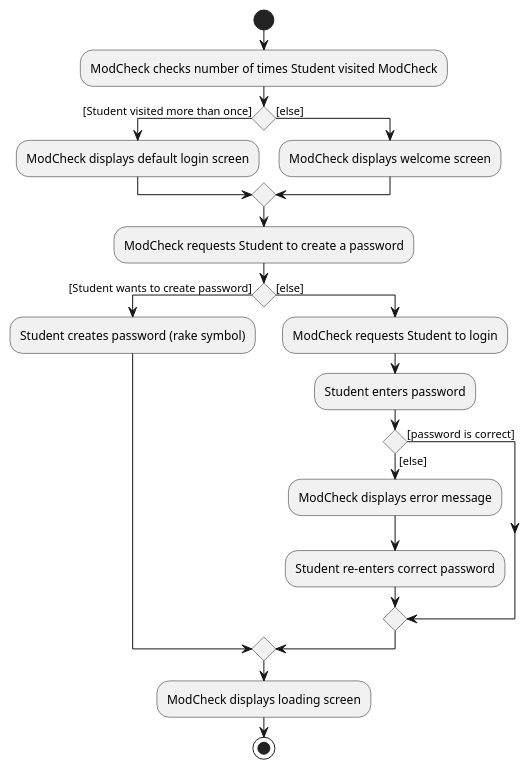
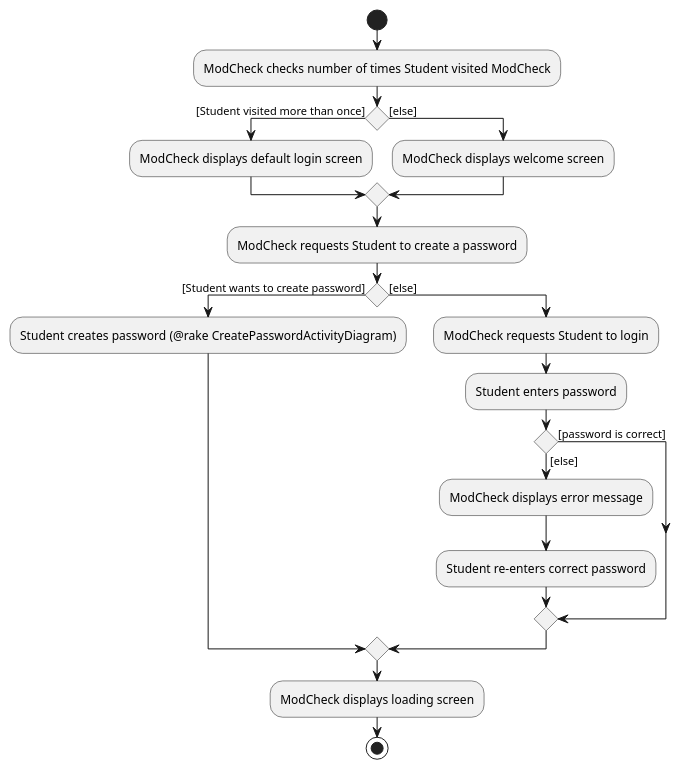
The diagram in docs/diagrams/Login.puml (nus-cs2103-AY2223S2/tp), drawn with PlantUML before and after one commit.

Commit message:
updated Login activity diagram to include a custom rake

```diff
--- a/docs/diagrams/Login.puml
+++ b/docs/diagrams/Login.puml
@@ -1,26 +1,28 @@
 @startuml
 'https://plantuml.com/activity-diagram-beta
+
+'idea of rake provided @WillySeahh in https://github.com/nus-cs2103-AY1920S2/forum/issues/105
 
 start
 :ModCheck checks number of times Student visited ModCheck;
 if () then ([Student visited more than once])
     :ModCheck displays default login screen;
 else ([else])
     :ModCheck displays welcome screen;
 endif
 :ModCheck requests Student to create a password;
     if () then ([Student wants to create password])
-        :Student creates password (rake symbol);
+        :Student creates password (@rake CreatePasswordActivityDiagram);
     else ([else])
         :ModCheck requests Student to login;
         :Student enters password;
         if () then ([password is correct])
         else ([else])
             :ModCheck displays error message;
             :Student re-enters correct password;
         endif
     endif
     :ModCheck displays loading screen;
 stop
 
 @enduml
```
